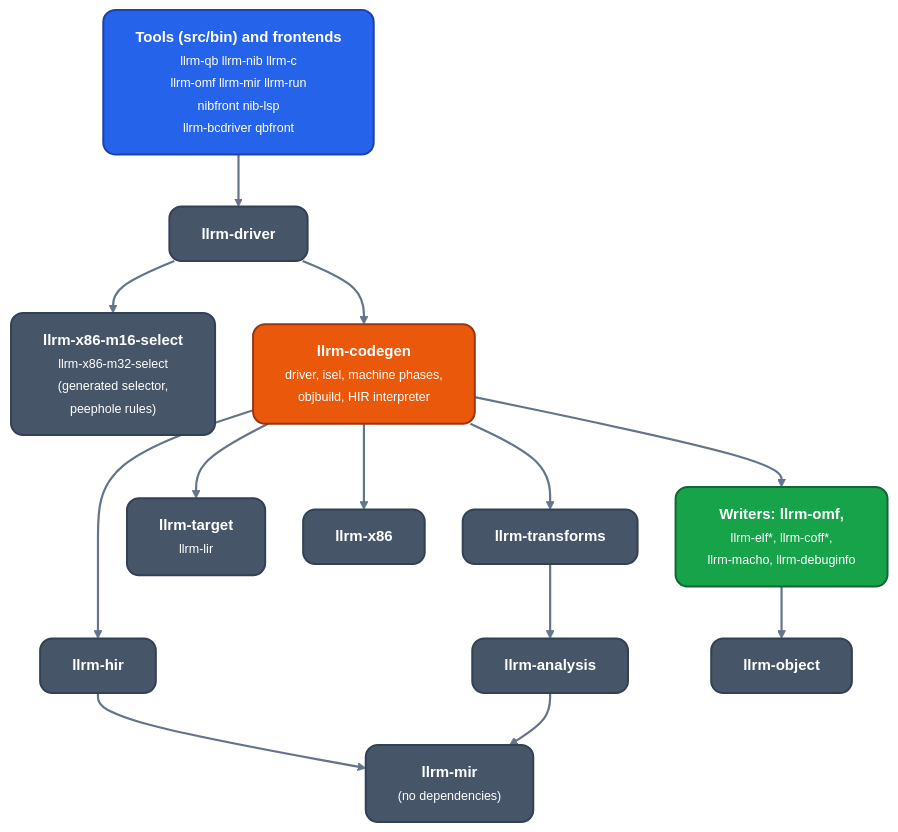
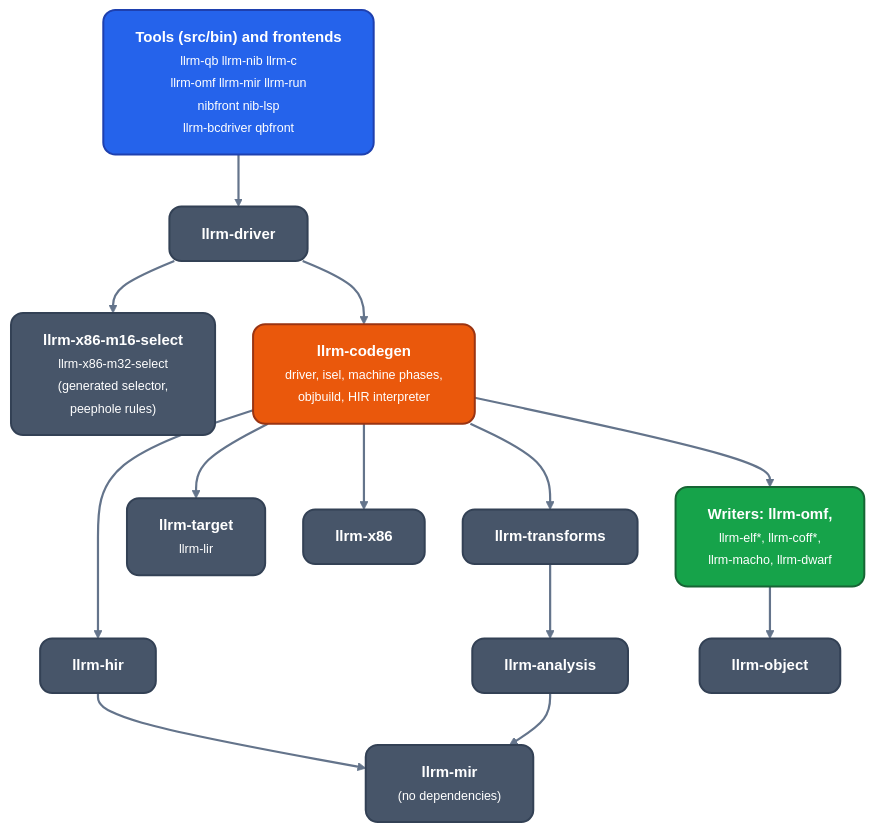
Before and after one commit to ali-mosavian/llrm: the second of 6 diagrams in docs/architecture/readme.md, drawn with Mermaid. The commit also changed 41 other files, not shown here.

Commit message:
refactor(debug): llrm-dwarf and llrm-codeview; write_object expands the debug sections once

````diff
--- a/docs/architecture/readme.md
+++ b/docs/architecture/readme.md
@@ -72,33 +72,33 @@
 ```mermaid
 %%{init: {'theme':'base','themeVariables':{'fontFamily':'Segoe UI, Helvetica Neue, Arial, DejaVu Sans, sans-serif','fontSize':'15px','primaryColor':'#475569','primaryTextColor':'#ffffff','primaryBorderColor':'#334155','lineColor':'#64748b','secondaryColor':'#475569','tertiaryColor':'transparent','clusterBkg':'transparent','clusterBorder':'#64748b','edgeLabelBackground':'#334155','textColor':'#64748b','titleColor':'#64748b'},'flowchart':{'curve':'basis','nodeSpacing':38,'rankSpacing':52,'padding':16,'wrappingWidth':360,'htmlLabels':true,'useMaxWidth':true}}}%%
 flowchart TB
   classDef src fill:#2563eb,stroke:#1e40af,stroke-width:2px,color:#ffffff,rx:12px,ry:12px
   classDef mid fill:#475569,stroke:#334155,stroke-width:2px,color:#ffffff,rx:12px,ry:12px
   classDef opt fill:#ea580c,stroke:#9a3412,stroke-width:2px,color:#ffffff,rx:12px,ry:12px
   classDef out fill:#16a34a,stroke:#166534,stroke-width:2px,color:#ffffff,rx:12px,ry:12px
   linkStyle default stroke:#64748b,stroke-width:2.2px
   fe["<b>Tools (src/bin) and frontends</b><br/><small>llrm-qb llrm-nib llrm-c<br/>llrm-omf llrm-mir llrm-run<br/>nibfront nib-lsp<br/>llrm-bcdriver qbfront</small>"]:::src
   drv["<b>llrm-driver</b>"]:::mid
   sel["<b>llrm-x86-m16-select</b><br/><small>llrm-x86-m32-select<br/>(generated selector,<br/>peephole rules)</small>"]:::mid
   core["<b>llrm-codegen</b><br/><small>driver, isel, machine phases,<br/>objbuild, HIR interpreter</small>"]:::opt
   hir["<b>llrm-hir</b>"]:::mid
   tr["<b>llrm-transforms</b>"]:::mid
   tgt["<b>llrm-target</b><br/><small>llrm-lir</small>"]:::mid
   x86["<b>llrm-x86</b>"]:::mid
-  wr["<b>Writers: llrm-omf,</b><br/><small>llrm-elf*, llrm-coff*,<br/>llrm-macho, llrm-debuginfo</small>"]:::out
+  wr["<b>Writers: llrm-omf,</b><br/><small>llrm-elf*, llrm-coff*,<br/>llrm-macho, llrm-dwarf</small>"]:::out
   an["<b>llrm-analysis</b>"]:::mid
   obj["<b>llrm-object</b>"]:::mid
   mir["<b>llrm-mir</b><br/><small>(no dependencies)</small>"]:::mid
   fe --> drv
   drv --> sel
   drv --> core
   core --> hir
   core --> tr
   core --> tgt
   core --> x86
   core --> wr
   wr --> obj
   hir --> mir
   tr --> an
   an --> mir
 ```
````
